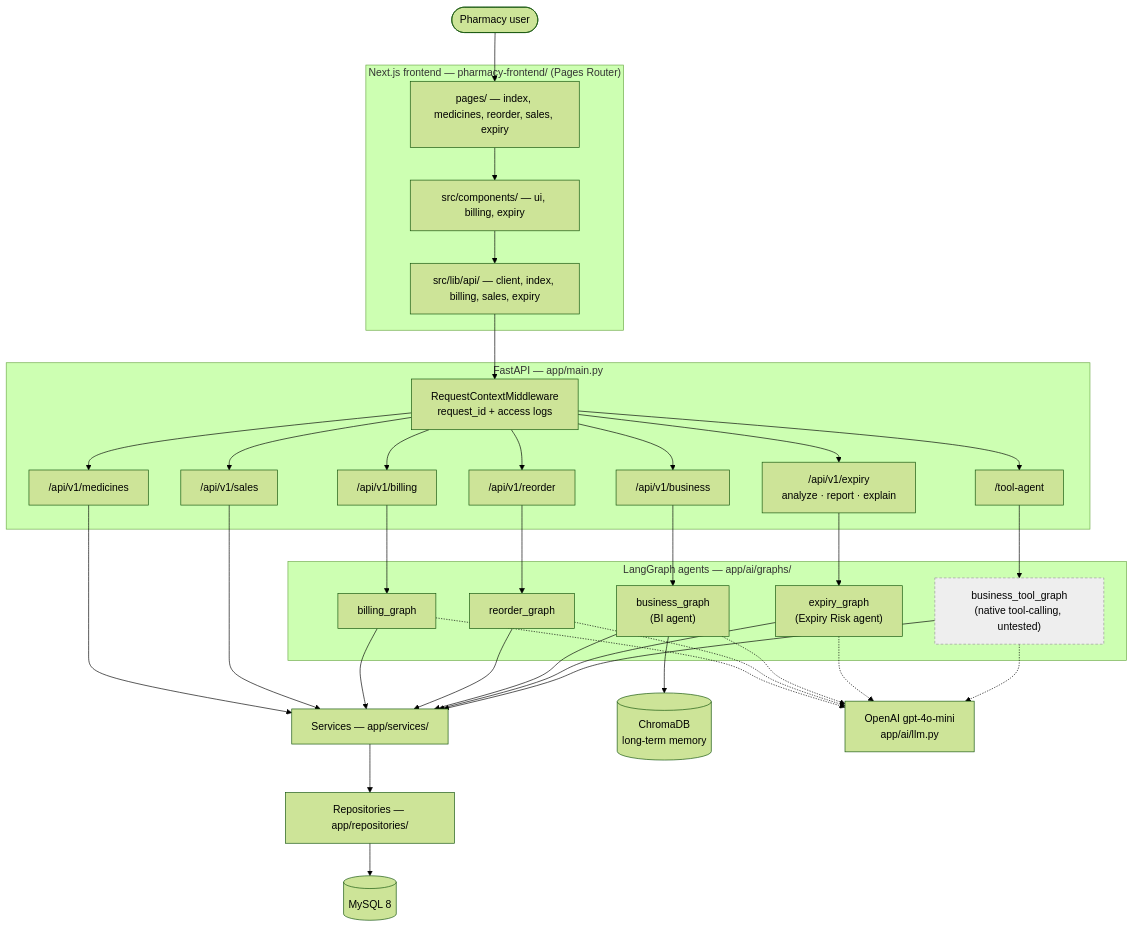
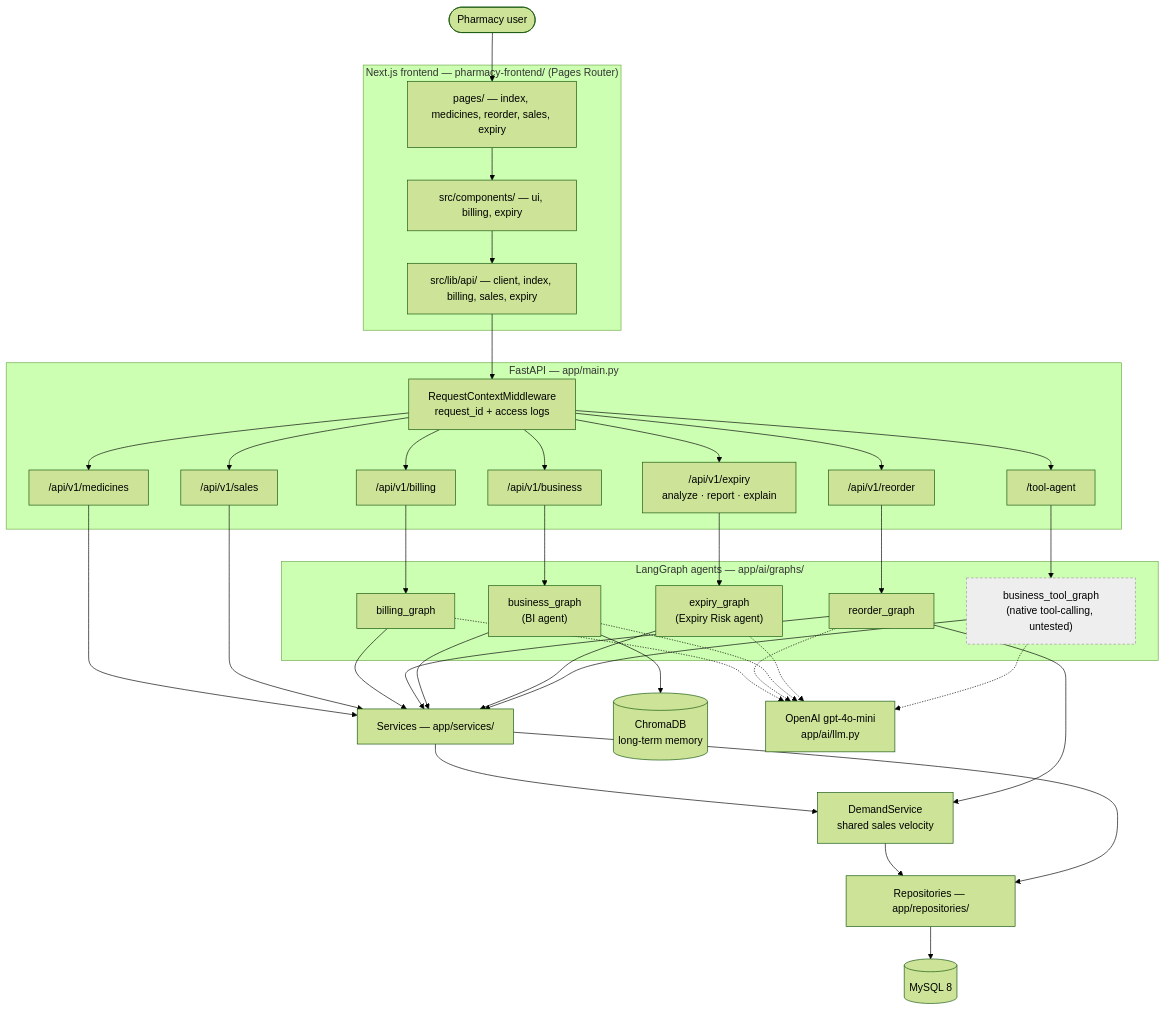
Before and after one commit to anurag-main/AI-Powered-Connected-Pharmacy-Ecosystem: the first of 2 diagrams in docs/architecture.md, drawn with Mermaid (forest theme). The commit also changed other lines of this file and 2 other files, not shown here.

First line of the commit message:
Document DemandService and put it in the architecture diagram

````diff
--- a/docs/architecture.md
+++ b/docs/architecture.md
@@ -16,73 +16,77 @@
 ```mermaid
 flowchart TB
     USER([Pharmacy user])
 
     subgraph FE["Next.js frontend — pharmacy-frontend/ (Pages Router)"]
         PG["pages/ — index, medicines, reorder, sales, expiry"]
         CMP["src/components/ — ui, billing, expiry"]
         APIC["src/lib/api/ — client, index, billing, sales, expiry"]
     end
 
     subgraph API["FastAPI — app/main.py"]
         MW["RequestContextMiddleware<br/>request_id + access logs"]
         R1["/api/v1/medicines"]
         R2["/api/v1/billing"]
         R3["/api/v1/reorder"]
         R4["/api/v1/business"]
         R5["/api/v1/expiry<br/>analyze · report · explain"]
         R6["/tool-agent"]
         R7["/api/v1/sales"]
     end
 
     subgraph AI["LangGraph agents — app/ai/graphs/"]
         G1["billing_graph"]
         G2["reorder_graph"]
         G3["business_graph<br/>(BI agent)"]
         G4["expiry_graph<br/>(Expiry Risk agent)"]
         G5["business_tool_graph<br/>(native tool-calling, untested)"]
     end
 
     SVC["Services — app/services/"]
+    DEM["DemandService<br/>shared sales velocity"]
     REPO["Repositories — app/repositories/"]
     DB[("MySQL 8")]
     CHROMA[("ChromaDB<br/>long-term memory")]
     LLM["OpenAI gpt-4o-mini<br/>app/ai/llm.py"]
 
     USER --> PG
     PG --> CMP
     CMP --> APIC
     APIC --> MW
     MW --> R1
     MW --> R2
     MW --> R3
     MW --> R4
     MW --> R5
     MW --> R6
     MW --> R7
 
     R1 --> SVC
     R2 --> G1
     R3 --> G2
     R4 --> G3
     R5 --> G4
     R6 --> G5
     R7 --> SVC
 
     G1 --> SVC
     G2 --> SVC
     G3 --> SVC
     G4 --> SVC
     G5 --> SVC
+    SVC --> DEM
+    G2 --> DEM
+    DEM --> REPO
     SVC --> REPO
     REPO --> DB
     G3 --> CHROMA
 
     G1 -.-> LLM
     G2 -.-> LLM
     G3 -.-> LLM
     G4 -.-> LLM
     G5 -.-> LLM
 
     classDef gap fill:#eeeeee,stroke:#999,stroke-dasharray:4 3,color:#000
     class G5 gap
 ```
````
